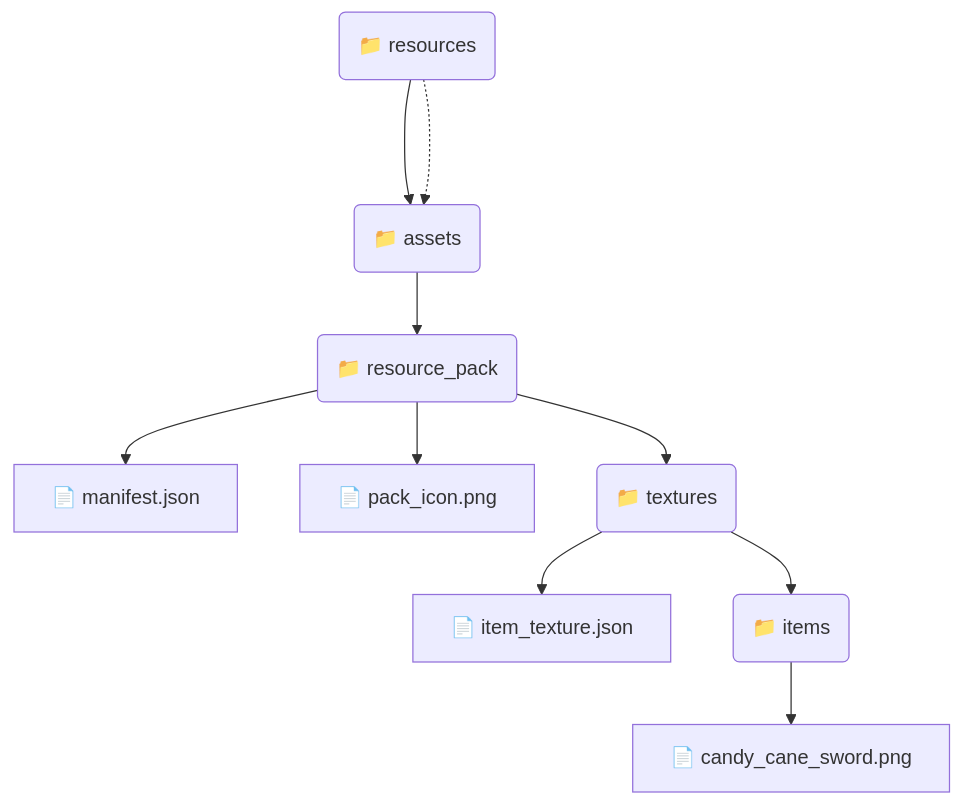
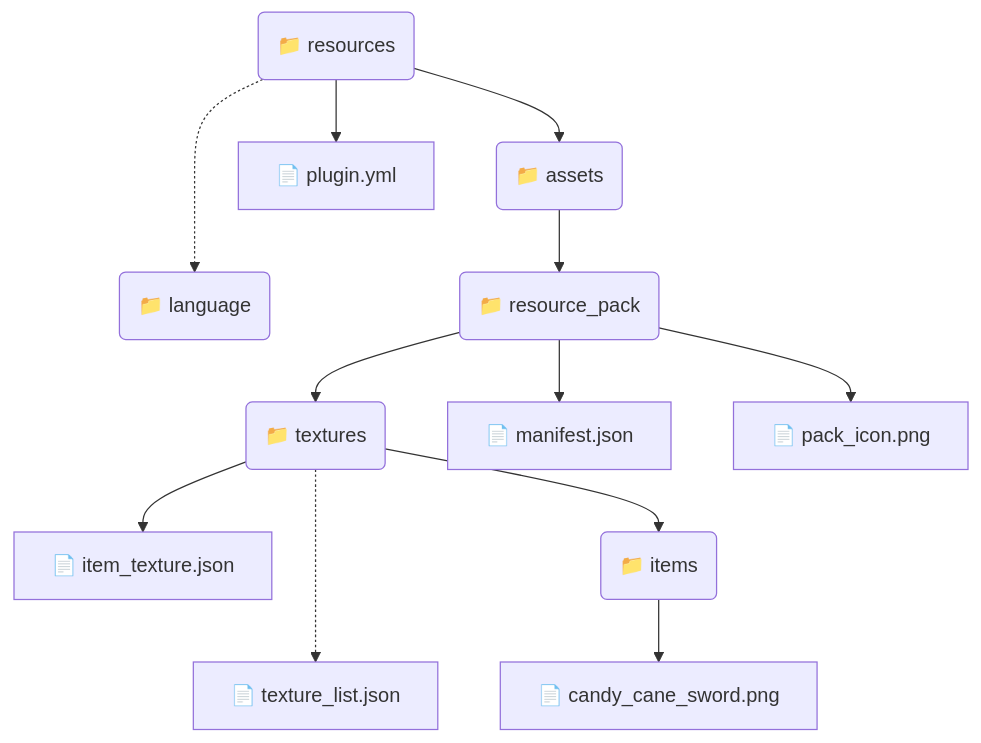
Before and after one commit to MemoriesOfTime/Nukkit-MOT-Wiki: the third of 3 diagrams in i18n/zh/docusaurus-plugin-content-docs/current/tutorial-extras/custom/custom_item.mdx, drawn with Mermaid. The commit also changed other lines of this file and 1 other file, not shown here.

````diff
--- a/i18n/zh/docusaurus-plugin-content-docs/current/tutorial-extras/custom/custom_item.mdx
+++ b/i18n/zh/docusaurus-plugin-content-docs/current/tutorial-extras/custom/custom_item.mdx
@@ -269,12 +274,14 @@
 ```mermaid
 graph TD;
     resources("📁 resources") --> assets("📁 assets");
-    resources("📁 resources") -..-> assets("📁 language");
+    resources("📁 resources") --> pluginyml["📄 plugin.yml"];
+    resources("📁 resources") -..-> language("📁 language");
     assets("📁 assets") --> RP("📁 resource_pack");
-    RP("📁 resource_pack") --> manifest["📄 manifest.json"];
-    RP --> pack_icon["📄 pack_icon.png"];
     RP --> textures("📁 textures");
+    textures -..-> texture_list["📄 texture_list.json"];
     textures --> item_texture["📄 item_texture.json"];
     textures --> items("📁 items");
     items --> candy_cane_sword["📄 candy_cane_sword.png"];
+    RP("📁 resource_pack") --> manifest["📄 manifest.json"];
+    RP --> pack_icon["📄 pack_icon.png"];
 ```
````
